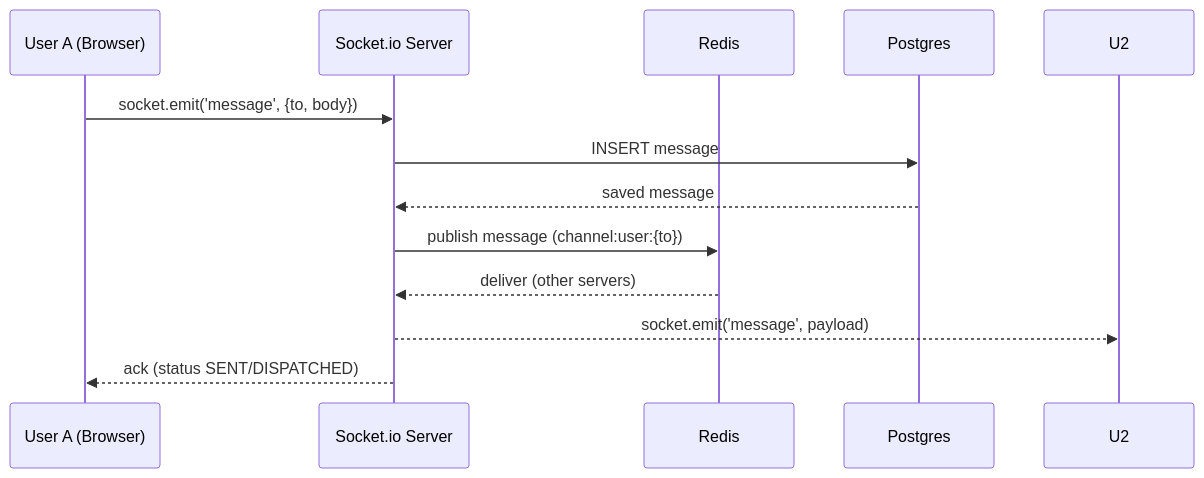
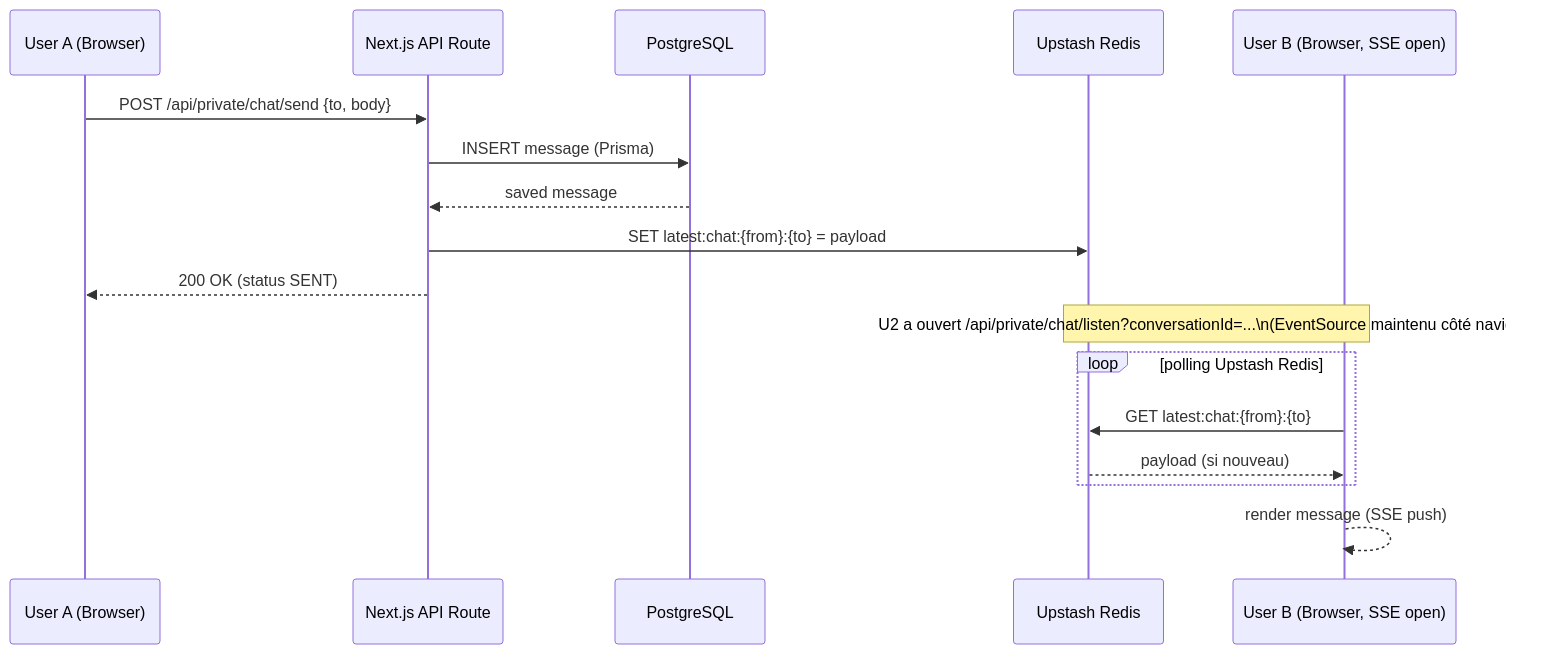
The third of 4 diagrams in dossier-certification/04-developpement/README.md (CLecart/social-network), drawn with Mermaid before and after one commit. The commit also changed other lines of this file and 30 other files, not shown here.

Commit message:
Adding missing subjects - Conception diagram done

````diff
--- a/dossier-certification/04-developpement/README.md
+++ b/dossier-certification/04-developpement/README.md
@@ -80,15 +81,21 @@
 ```mermaid
 sequenceDiagram
   participant U1 as User A (Browser)
-  participant S as Socket.io Server
-  participant R as Redis
-  participant DB as Postgres
+  participant API as Next.js API Route
+  participant DB as PostgreSQL
+  participant R as Upstash Redis
+  participant U2 as User B (Browser, SSE open)
 
-  U1->>S: socket.emit('message', {to, body})
-  S->>DB: INSERT message
-  DB-->>S: saved message
-  S->>R: publish message (channel:user:{to})
-  R-->>S: deliver (other servers)
-  S-->>U2: socket.emit('message', payload)
-  S-->>U1: ack (status SENT/DISPATCHED)
+  U1->>API: POST /api/private/chat/send {to, body}
+  API->>DB: INSERT message (Prisma)
+  DB-->>API: saved message
+  API->>R: SET latest:chat:{from}:{to} = payload
+  API-->>U1: 200 OK (status SENT)
+
+  Note over U2,R: U2 a ouvert /api/private/chat/listen?conversationId=...\n(EventSource maintenu côté navigateur)
+  loop polling Upstash Redis
+    U2->>R: GET latest:chat:{from}:{to}
+    R-->>U2: payload (si nouveau)
+  end
+  U2-->>U2: render message (SSE push)
 ```
````
